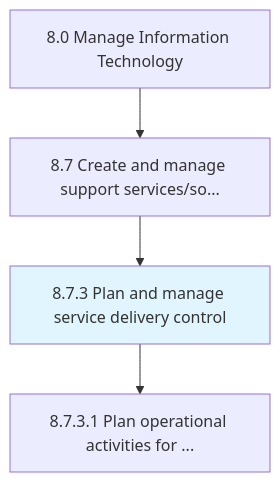
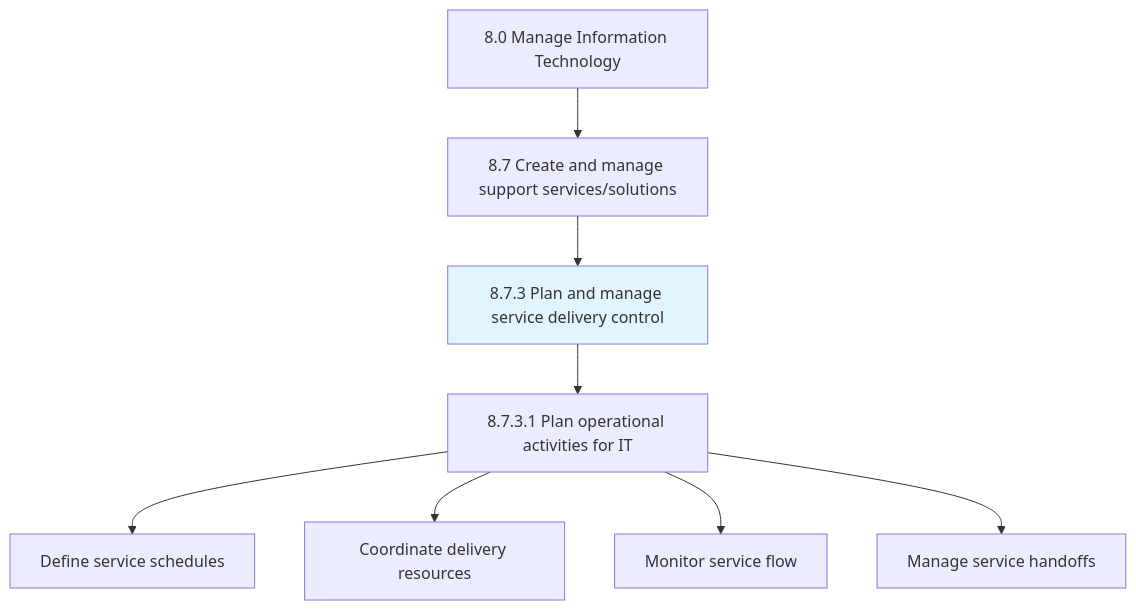
One commit to kziemski/business.org.ai changed the first of 3 diagrams in processes/08-IT/8.7-CreateManageSupportServicessolutions/8.7.3-PlanManageServiceDelivery/index.mdx. Above: the diagram before and after it, drawn with Mermaid. The commit also changed other lines of this file and 67 other files, not shown here.

````diff
--- a/processes/08-IT/8.7-CreateManageSupportServicessolutions/8.7.3-PlanManageServiceDelivery/index.mdx
+++ b/processes/08-IT/8.7-CreateManageSupportServicessolutions/8.7.3-PlanManageServiceDelivery/index.mdx
@@ -25,8 +27,13 @@
 ```mermaid
 graph TD
     C8["8.0 Manage Information Technology"]
-    C8 --> N8_7["8.7 Create and manage support services/so..."]
+    C8 --> N8_7["8.7 Create and manage support services/solutions"]
     N8_7 --> N8_7_3["8.7.3 Plan and manage service delivery control"]
     style N8_7_3 fill:#e1f5fe
-    N8_7_3 --> N8_7_3_1["8.7.3.1 Plan operational activities for ..."]
+    N8_7_3 --> N8_7_3_1["8.7.3.1 Plan operational activities for IT"]
+
+    N8_7_3_1 --> A1["Define service schedules"]
+    N8_7_3_1 --> A2["Coordinate delivery resources"]
+    N8_7_3_1 --> A3["Monitor service flow"]
+    N8_7_3_1 --> A4["Manage service handoffs"]
 ```
````
